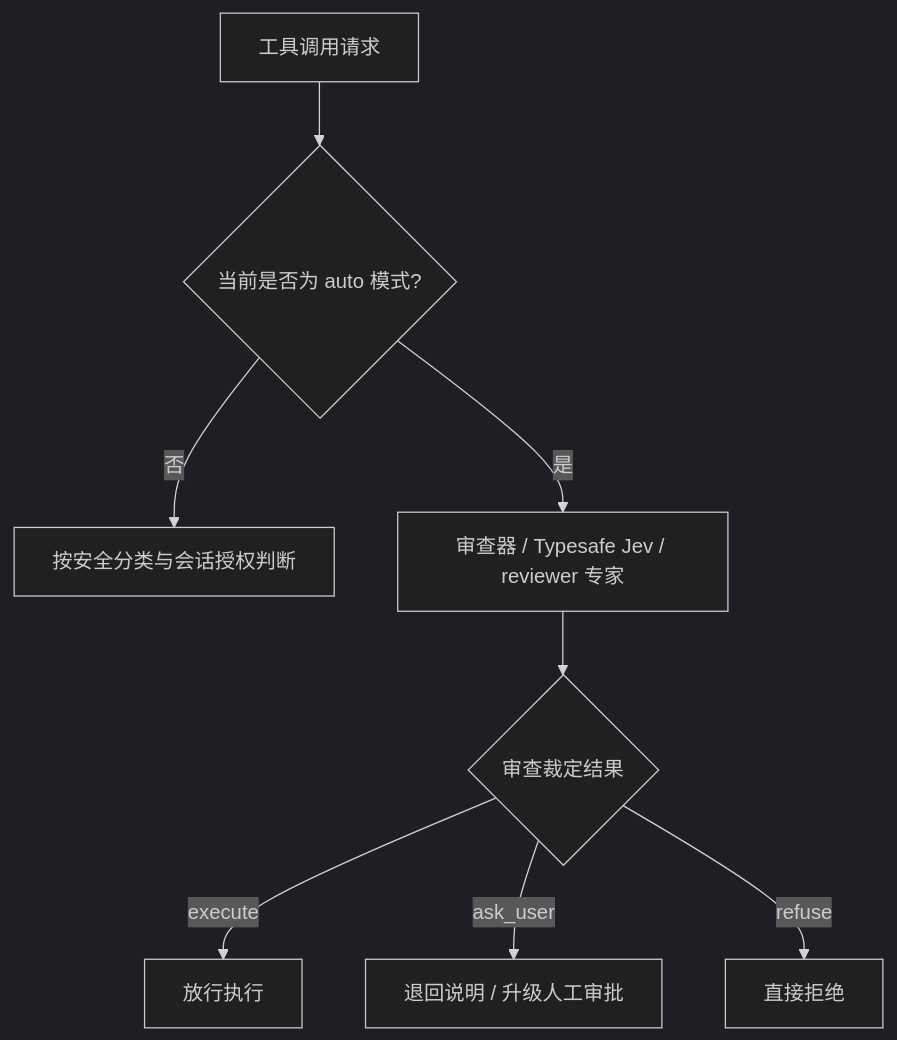
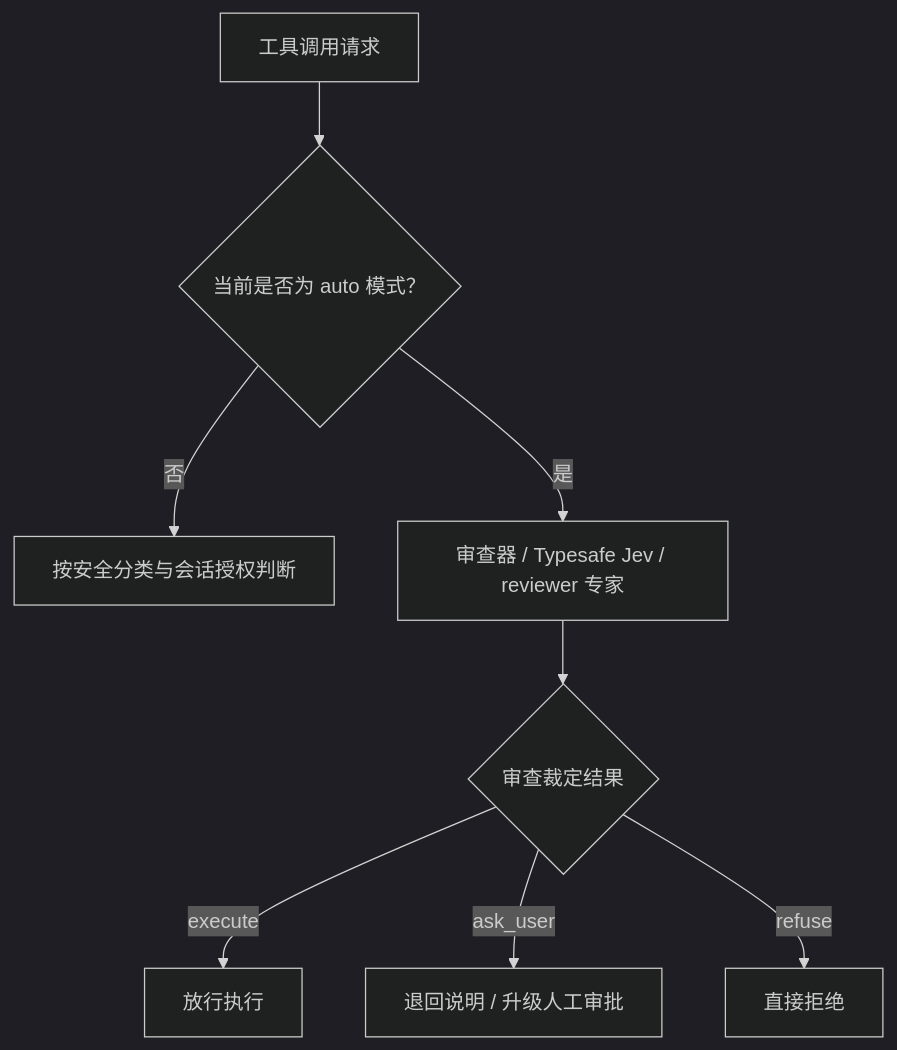
Before and after one commit to letr007/letcode: the diagram in docs/components/permission.md, drawn with Mermaid (dark theme). The commit also changed other lines of this file and 17 other files, not shown here.

````diff
--- a/docs/components/permission.md
+++ b/docs/components/permission.md
@@ -49,10 +49,10 @@
 ```mermaid
 flowchart TD
-    ToolCall[工具调用请求] --> ModeCheck{当前是否为 auto 模式?}
+    ToolCall[工具调用请求] --> ModeCheck{当前是否为 auto 模式？}
     ModeCheck -->|否| DefaultRule[按安全分类与会话授权判断]
     ModeCheck -->|是| Reviewer[审查器 / Typesafe Jev / reviewer 专家]
     Reviewer --> Decision{审查裁定结果}
     Decision -->|execute| Allow[放行执行]
     Decision -->|ask_user| Prompt[退回说明 / 升级人工审批]
     Decision -->|refuse| Reject[直接拒绝]
 ```
````
